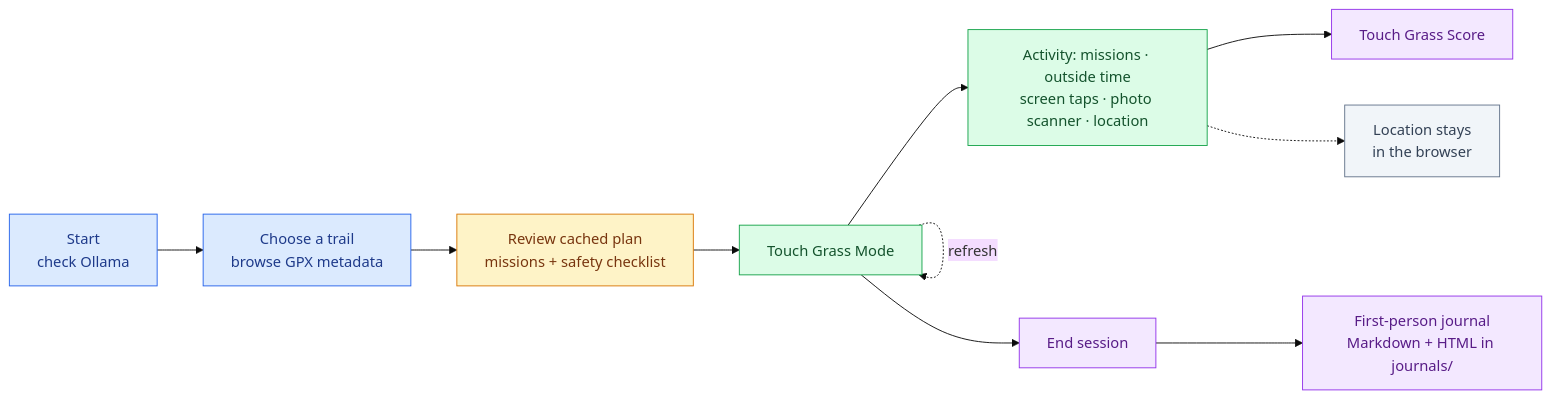
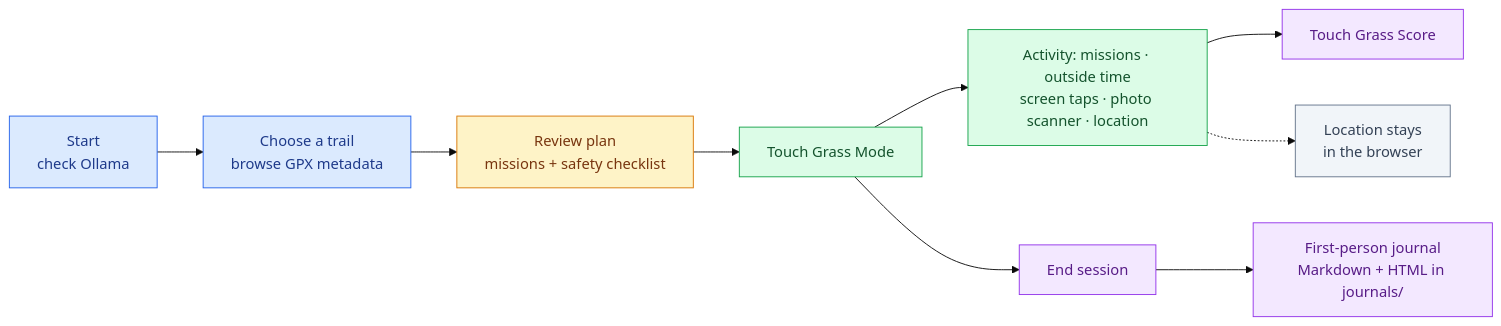
Before and after one commit to aryanguptacsvtu/Trail-Buddy: the diagram in README.md, drawn with Mermaid (base theme). The commit also changed other lines of this file, not shown here.

````diff
--- a/README.md
+++ b/README.md
@@ -82,24 +82,23 @@
 ```mermaid
 flowchart LR
     A[Start<br/>check Ollama] --> B[Choose a trail<br/>browse GPX metadata]
-    B --> C[Review cached plan<br/>missions + safety checklist]
+    B --> C[Review plan<br/>missions + safety checklist]
     C --> D[Touch Grass Mode]
     D --> E["Activity: missions · outside time<br/>screen taps · photo scanner · location"]
     E --> F[Touch Grass Score]
-    D -. refresh .-> D
     D --> G[End session]
     G --> H[First-person journal<br/>Markdown + HTML in journals/]
     E -.-> I[Location stays<br/>in the browser]
 
     classDef setup fill:#dbeafe,stroke:#2563eb,color:#1e3a8a
     classDef planning fill:#fef3c7,stroke:#d97706,color:#78350f
     classDef active fill:#dcfce7,stroke:#16a34a,color:#14532d
     classDef outcome fill:#f3e8ff,stroke:#9333ea,color:#581c87
     classDef privacy fill:#f1f5f9,stroke:#64748b,color:#334155
 
     class A,B setup
     class C planning
     class D,E active
     class F,G,H outcome
     class I privacy
 ```
````
